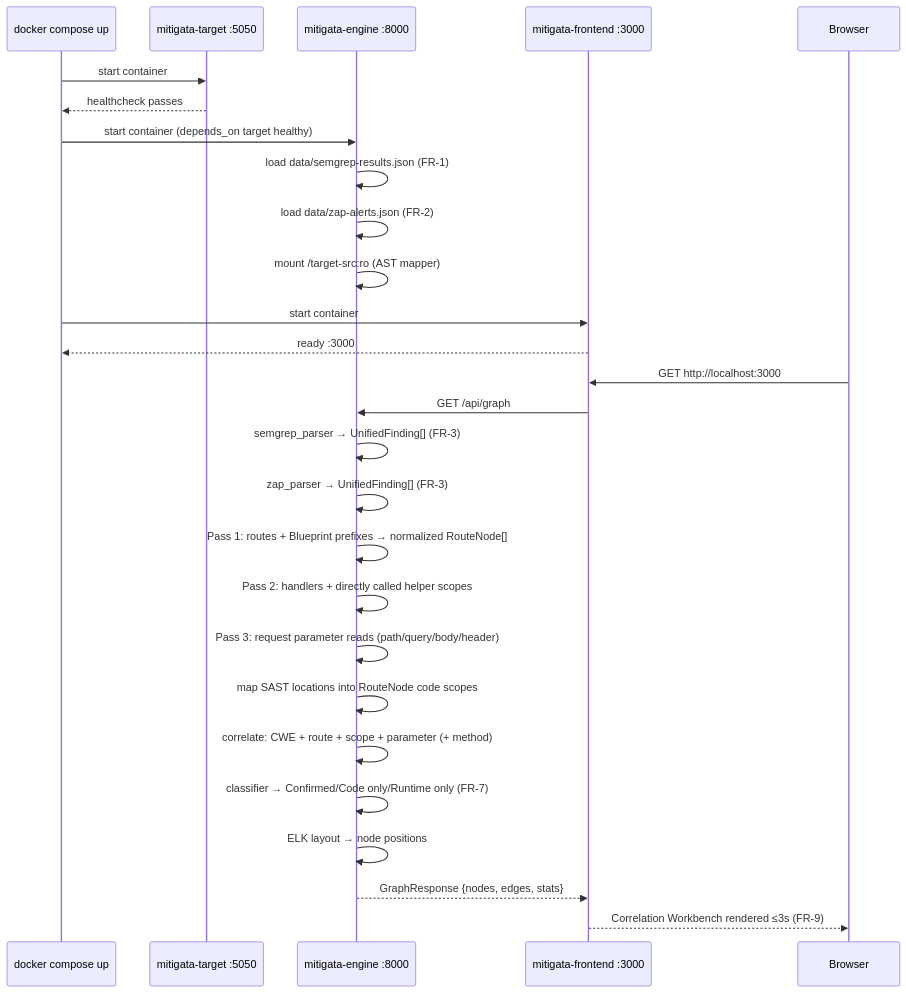
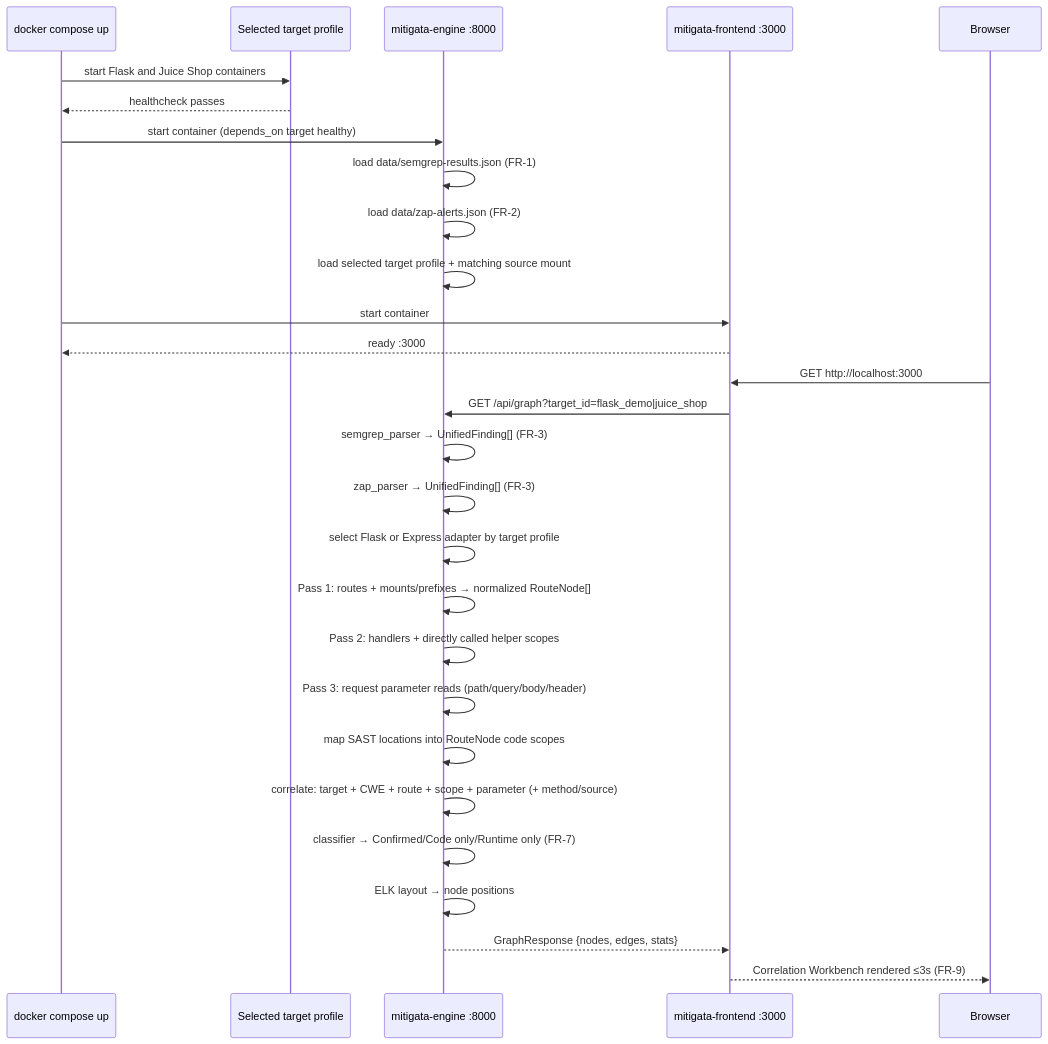
One commit to Halcyora/mitigata changed the third of 25 diagrams in docs/P06-Architecture.md. Above: the diagram before and after it, drawn with Mermaid. The commit also changed other lines of this file and 2 other files, not shown here.

First line of the commit message:
Enhance correlation engine documentation with target_id requirements and clarify merging logic

````diff
--- a/docs/P06-Architecture.md
+++ b/docs/P06-Architecture.md
@@ -129,31 +132,32 @@
 ```mermaid
 sequenceDiagram
     participant DC as docker compose up
-    participant T as mitigata-target :5050
+    participant T as Selected target profile
     participant E as mitigata-engine :8000
     participant FE as mitigata-frontend :3000
     participant B as Browser
 
-    DC->>T: start container
+    DC->>T: start Flask and Juice Shop containers
     T-->>DC: healthcheck passes
     DC->>E: start container (depends_on target healthy)
     E->>E: load data/semgrep-results.json (FR-1)
     E->>E: load data/zap-alerts.json (FR-2)
-    E->>E: mount /target-src:ro (AST mapper)
+    E->>E: load selected target profile + matching source mount
     DC->>FE: start container
     FE-->>DC: ready :3000
 
     B->>FE: GET http://localhost:3000
-    FE->>E: GET /api/graph
+    FE->>E: GET /api/graph?target_id=flask_demo|juice_shop
     E->>E: semgrep_parser → UnifiedFinding[] (FR-3)
     E->>E: zap_parser → UnifiedFinding[] (FR-3)
-    E->>E: Pass 1: routes + Blueprint prefixes → normalized RouteNode[]
+    E->>E: select Flask or Express adapter by target profile
+    E->>E: Pass 1: routes + mounts/prefixes → normalized RouteNode[]
     E->>E: Pass 2: handlers + directly called helper scopes
     E->>E: Pass 3: request parameter reads (path/query/body/header)
     E->>E: map SAST locations into RouteNode code scopes
-    E->>E: correlate: CWE + route + scope + parameter (+ method)
+    E->>E: correlate: target + CWE + route + scope + parameter (+ method/source)
     E->>E: classifier → Confirmed/Code only/Runtime only (FR-7)
     E->>E: ELK layout → node positions
     E-->>FE: GraphResponse {nodes, edges, stats}
     FE-->>B: Correlation Workbench rendered ≤3s (FR-9)
 ```
````
